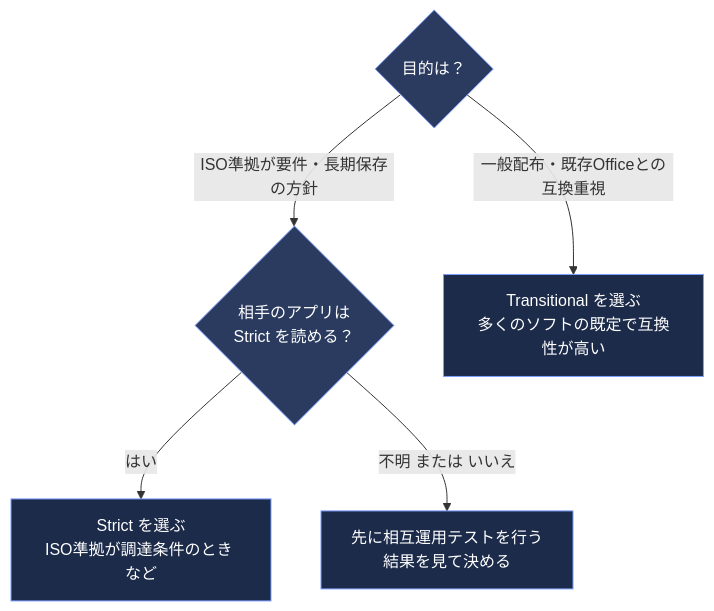
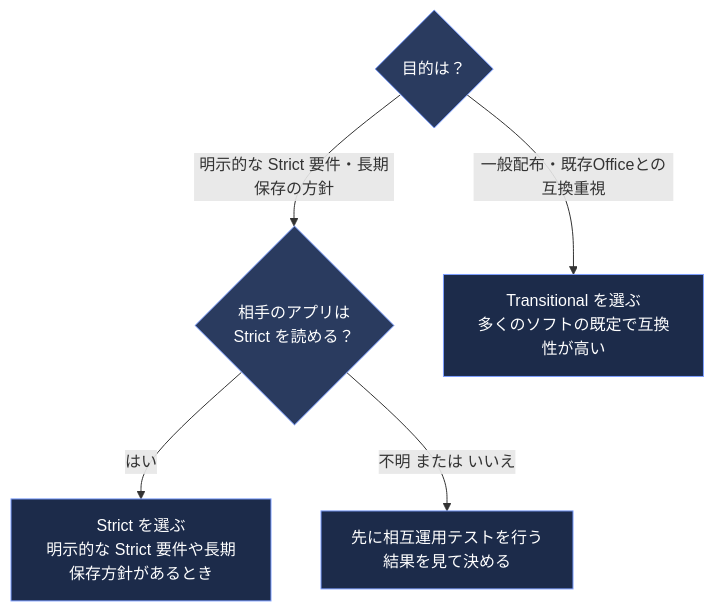
One commit to myoshi2891/Quality-Assurance-Studies changed the eighth of 12 diagrams in Iso-29500-1-guide.md. Above: the diagram before and after it, drawn with Mermaid. The commit also changed other lines of this file, not shown here.

Commit message:
docs(iso-29500-1): Strictクラス選定基準の解説と注記を明確化

````diff
--- a/Iso-29500-1-guide.md
+++ b/Iso-29500-1-guide.md
@@ -480,17 +480,17 @@
 ```mermaid
 flowchart TB
     S1{"目的は？"}
     S2{"相手のアプリは<br/>Strict を読める？"}
     R1["Transitional を選ぶ<br/>多くのソフトの既定で互換性が高い"]
-    R2["Strict を選ぶ<br/>ISO準拠が調達条件のとき など"]
+    R2["Strict を選ぶ<br/>明示的な Strict 要件や長期保存方針があるとき"]
     R3["先に相互運用テストを行う<br/>結果を見て決める"]
     S1 -->|一般配布・既存Officeとの互換重視| R1
-    S1 -->|ISO準拠が要件・長期保存の方針| S2
+    S1 -->|明示的な Strict 要件・長期保存の方針| S2
     S2 -->|はい| R2
     S2 -->|不明 または いいえ| R3
 
     classDef q fill:#2a3b5f,stroke:#7c9eff,color:#ffffff
     classDef ans fill:#1c2b4a,stroke:#7c9eff,color:#ffffff
     class S1,S2 q
     class R1,R2,R3 ans
 ```
````
